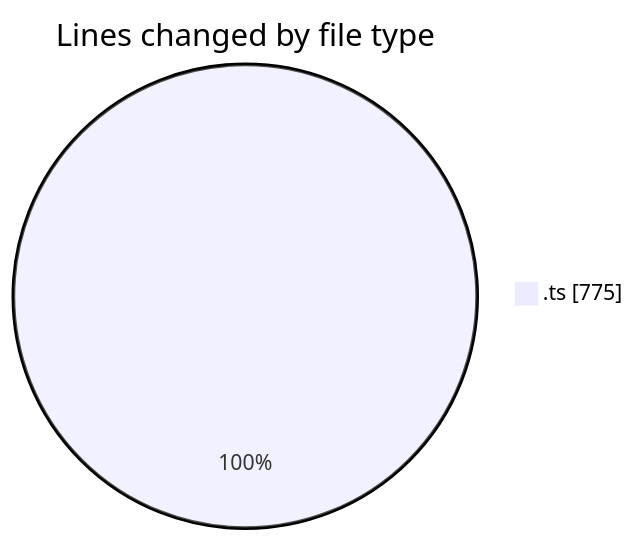
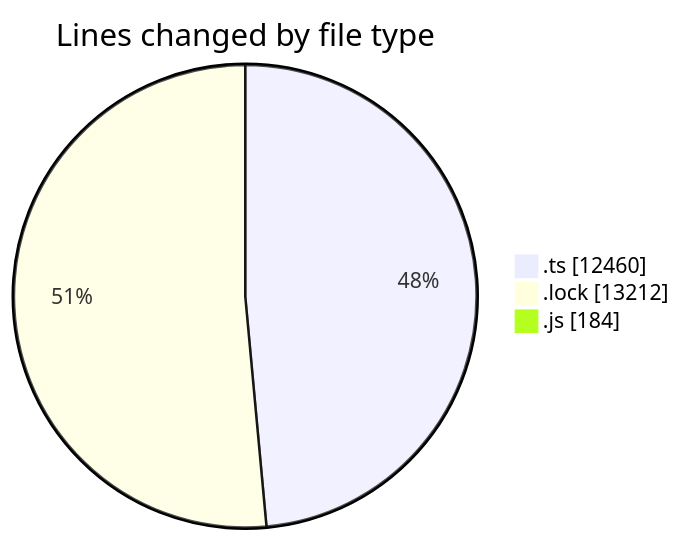
Before and after one commit to momahboobian/code-tracking: the first of 2 diagrams in 2025-05-16/cda/README.md, drawn with Mermaid. The commit also changed other lines of this file and 1 other file, not shown here.

````diff
--- a/2025-05-16/cda/README.md
+++ b/2025-05-16/cda/README.md
@@ -20,5 +26,7 @@
 ```mermaid
 pie showData
 title Lines changed by file type
-".ts" : 775
+".ts" : 12460
+".lock" : 13212
+".js" : 184
 ```
````
